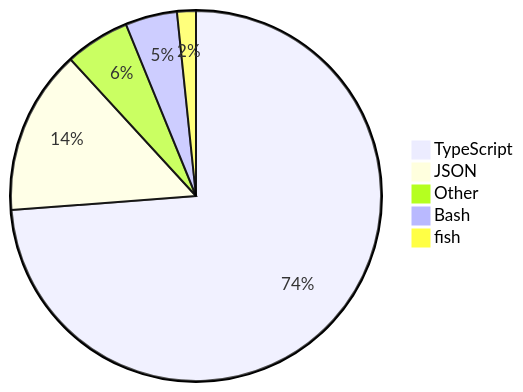
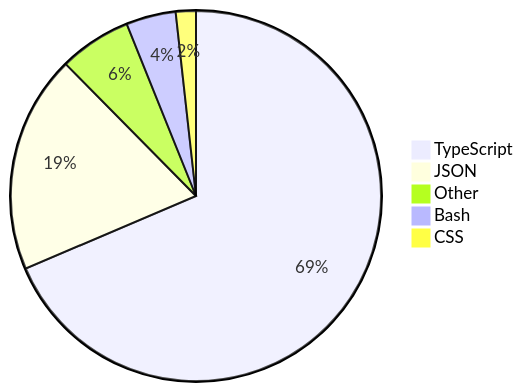
One commit to skvggor/skvggor changed the diagram in README.md. Above: the diagram before and after it, drawn with Mermaid.

Commit message:
Updated waka-readme graph with new metrics

````diff
--- a/README.md
+++ b/README.md
@@ -28,8 +28,8 @@
 ```mermaid
 pie
-    "TypeScript" : 71.8
-    "JSON" : 14.0
-    "Other" : 5.5
-    "Bash" : 4.4
-    "fish" : 1.6
+    "TypeScript" : 66.4
+    "JSON" : 18.4
+    "Other" : 6.1
+    "Bash" : 4.2
+    "CSS" : 1.7
 ```
````
